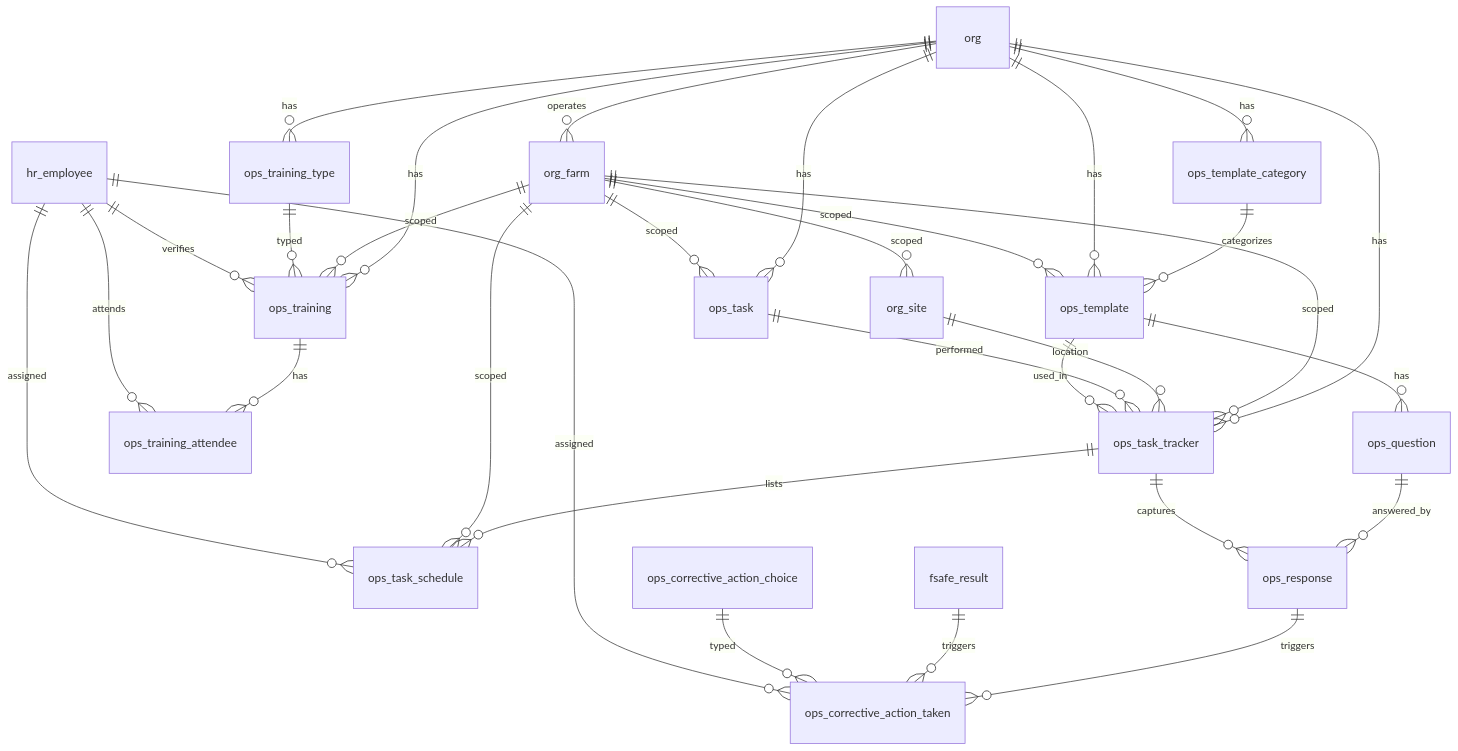
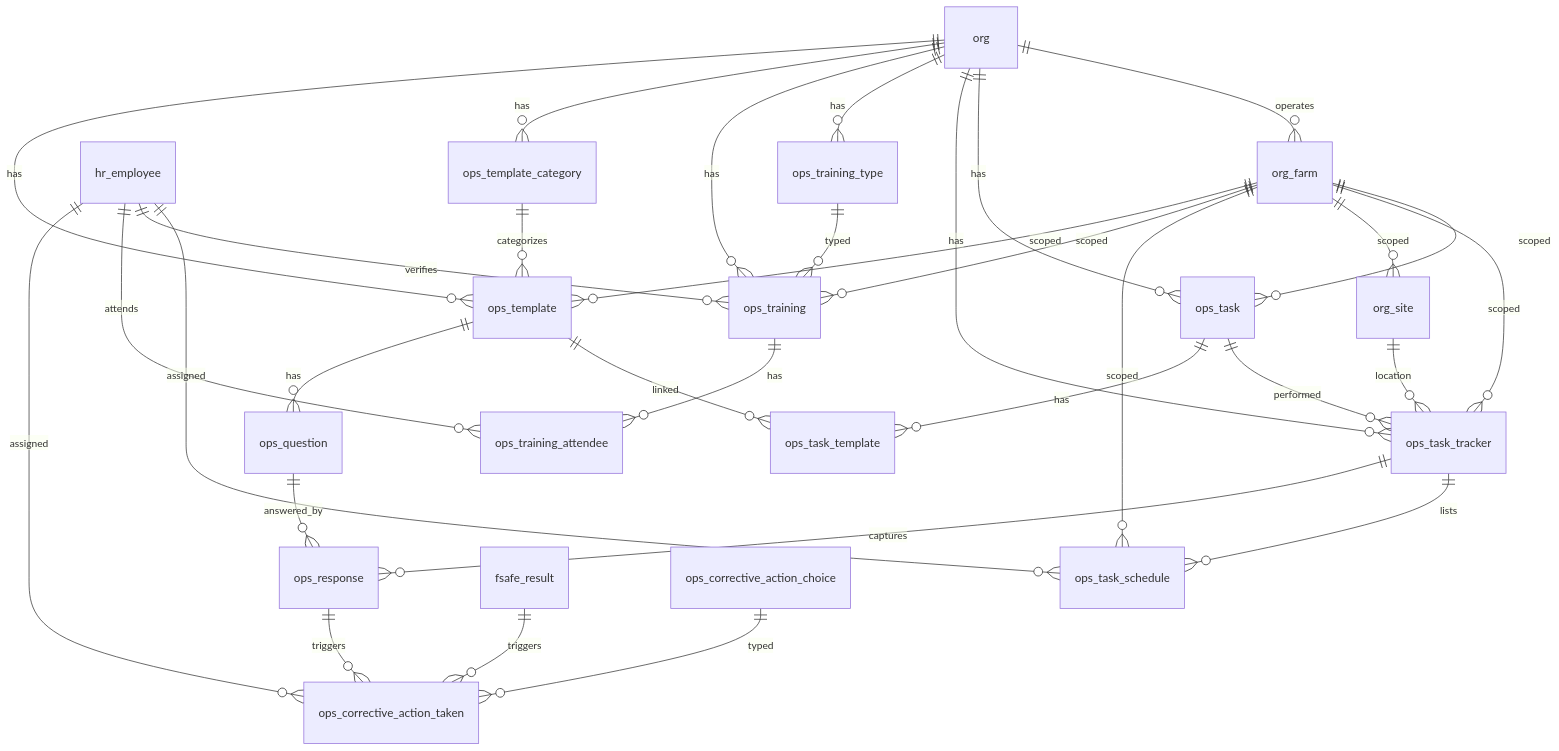
Before and after one commit to Hawaii-Farming/aloha-app: the diagram in docs/schemas/20260324_05_ops.md, drawn with Mermaid. The commit also changed other lines of this file and 24 other files, not shown here.

First line of the commit message:
Add ops_task_template join table, remove ops_template_id from tracker

````diff
--- a/docs/schemas/20260324_05_ops.md
+++ b/docs/schemas/20260324_05_ops.md
@@ -9,35 +9,36 @@
 ```mermaid
 erDiagram
     org ||--o{ org_farm : operates
     org ||--o{ ops_task : has
     org_farm ||--o{ ops_task : scoped
     org ||--o{ ops_task_tracker : has
     org_farm ||--o{ ops_task_tracker : scoped
     org_farm ||--o{ org_site : scoped
     org_site ||--o{ ops_task_tracker : location
     ops_task ||--o{ ops_task_tracker : performed
-    ops_template ||--o{ ops_task_tracker : used_in
+    ops_task ||--o{ ops_task_template : has
+    ops_template ||--o{ ops_task_template : linked
     ops_task_tracker ||--o{ ops_task_schedule : lists
     org_farm ||--o{ ops_task_schedule : scoped
     hr_employee ||--o{ ops_task_schedule : assigned
 
     org ||--o{ ops_training_type : has
     org ||--o{ ops_training : has
     org_farm ||--o{ ops_training : scoped
     ops_training_type ||--o{ ops_training : typed
     hr_employee ||--o{ ops_training : verifies
     ops_training ||--o{ ops_training_attendee : has
     hr_employee ||--o{ ops_training_attendee : attends
 
     org ||--o{ ops_template_category : has
     ops_template_category ||--o{ ops_template : categorizes
     org ||--o{ ops_template : has
     org_farm ||--o{ ops_template : scoped
     ops_template ||--o{ ops_question : has
     ops_question ||--o{ ops_response : answered_by
     ops_task_tracker ||--o{ ops_response : captures
     ops_response ||--o{ ops_corrective_action_taken : triggers
     fsafe_result ||--o{ ops_corrective_action_taken : triggers
     ops_corrective_action_choice ||--o{ ops_corrective_action_taken : typed
     hr_employee ||--o{ ops_corrective_action_taken : assigned
 ```
````
